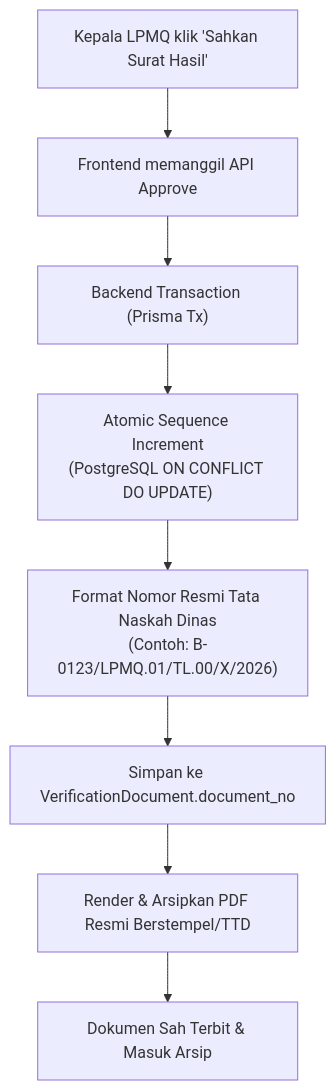
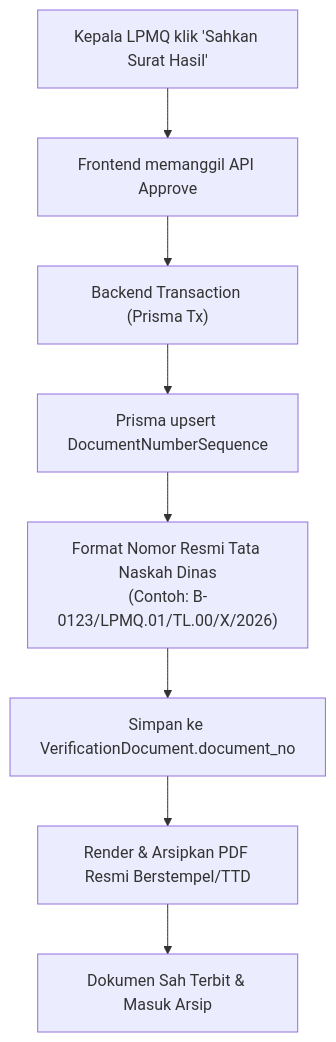
Before and after one commit to farisifakhri/lpmqtashihhub: the diagram in docs/tugas/fakhri/B-03-nomor-surat-otomatis.md, drawn with Mermaid. The commit also changed other lines of this file and 13 other files, not shown here.

````diff
--- a/docs/tugas/fakhri/B-03-nomor-surat-otomatis.md
+++ b/docs/tugas/fakhri/B-03-nomor-surat-otomatis.md
@@ -32,10 +45,10 @@
 ```mermaid
 flowchart TD
     A["Kepala LPMQ klik 'Sahkan Surat Hasil'"] --> B["Frontend memanggil API Approve"]
     B --> C["Backend Transaction (Prisma Tx)"]
-    C --> D["Atomic Sequence Increment<br/>(PostgreSQL ON CONFLICT DO UPDATE)"]
+    C --> D["Prisma upsert DocumentNumberSequence"]
     D --> E["Format Nomor Resmi Tata Naskah Dinas<br/>(Contoh: B-0123/LPMQ.01/TL.00/X/2026)"]
     E --> F["Simpan ke VerificationDocument.document_no"]
     F --> G["Render & Arsipkan PDF Resmi Berstempel/TTD"]
     G --> H["Dokumen Sah Terbit & Masuk Arsip"]
 ```
````
